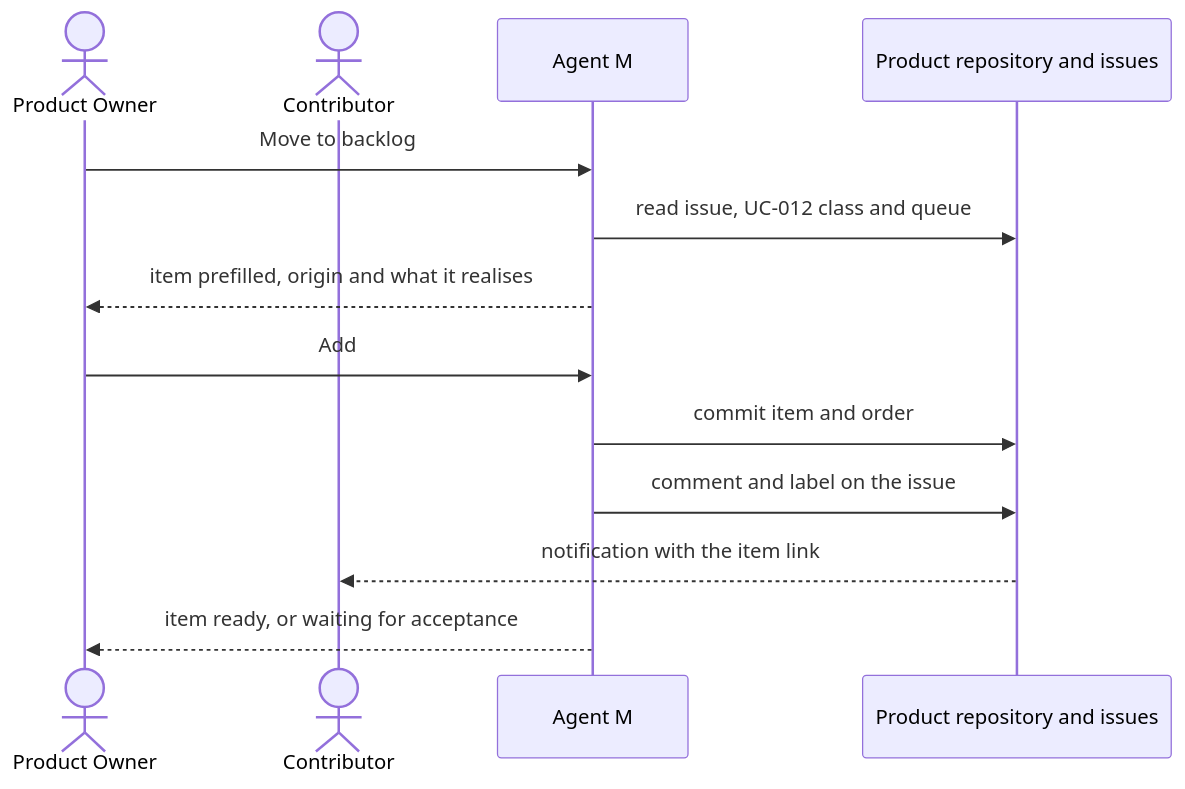
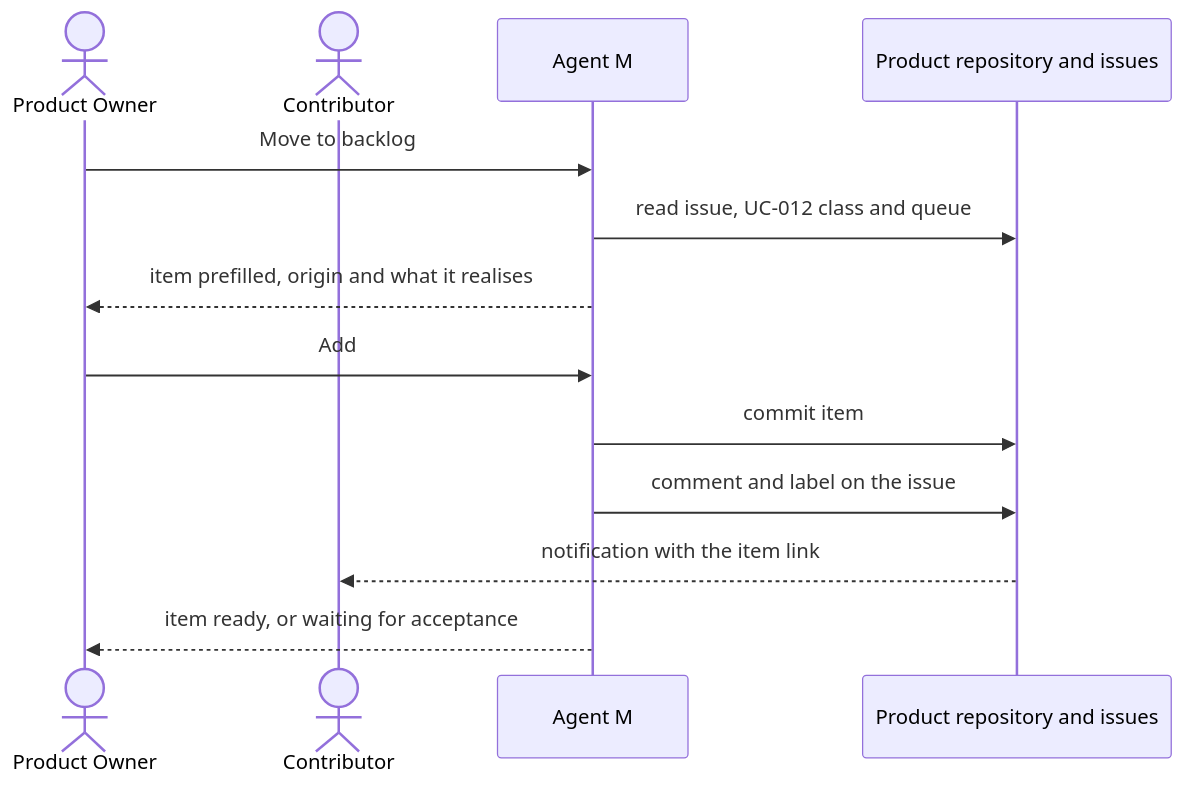
One commit to akmaier/agent-m changed the diagram in docs/use-cases/UC-033-move-an-issue-into-the-backlog.md. Above: the diagram before and after it, drawn with Mermaid. The commit also changed other lines of this file and 14 other files, not shown here.

````diff
--- a/docs/use-cases/UC-033-move-an-issue-into-the-backlog.md
+++ b/docs/use-cases/UC-033-move-an-issue-into-the-backlog.md
@@ -69,15 +69,15 @@
 ```mermaid
 sequenceDiagram
     actor O as Product Owner
     actor C as Contributor
     participant M as Agent M
     participant G as Product repository and issues
     O->>M: Move to backlog
     M->>G: read issue, UC-012 class and queue
     M-->>O: item prefilled, origin and what it realises
     O->>M: Add
-    M->>G: commit item and order
+    M->>G: commit item
     M->>G: comment and label on the issue
     G-->>C: notification with the item link
     M-->>O: item ready, or waiting for acceptance
 ```
````
